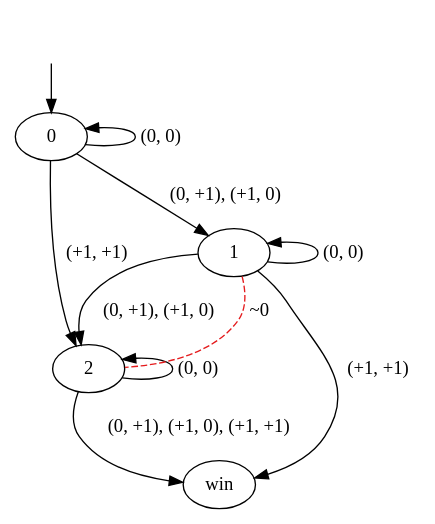
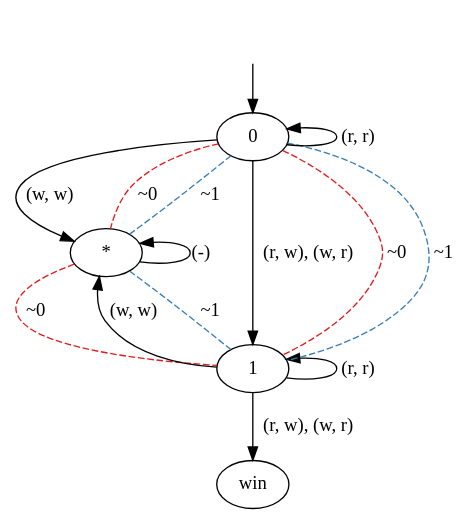
The diagram in pictures/G.dot (olandr/mkbsc), drawn with Graphviz before and after one commit. The commit also changed 14 other files, not shown here.

```diff
--- a/pictures/G.dot
+++ b/pictures/G.dot
@@ -1,21 +1,25 @@
 digraph  {
 concentrate=False;
 nodesep=0.5;
 ranksep=0.5;
 splines=True;
-4318616488 [label=2];
-4318616544 [label=win];
-4318327136 [label=0];
-4318327920 [label=1];
+4527529600 [label="*"];
+4683993888 [label=1];
+4683993664 [label=0];
+4527239520 [label=win];
 hidden [label="", shape=none];
-4318616488 -> 4318616488  [action="('0', '0')", dir=back, key="('0', '0')", label="(0, 0)"];
-4318616488 -> 4318616544  [action="(('0', '+1'), ('+1', '0'), ('+1', '+1'))", key="(('0', '+1'), ('+1', '0'), ('+1', '+1'))", label="(0, +1), (+1, 0), (+1, +1)"];
-4318327136 -> 4318327136  [action="('0', '0')", dir=back, key="('0', '0')", label="(0, 0)"];
-4318327136 -> 4318616488  [action="('+1', '+1')", key="('+1', '+1')", label="(+1, +1)"];
-4318327136 -> 4318327920  [action="(('0', '+1'), ('+1', '0'))", key="(('0', '+1'), ('+1', '0'))", label="(0, +1), (+1, 0)"];
-4318327920 -> 4318327920  [action="('0', '0')", dir=back, key="('0', '0')", label="(0, 0)"];
-4318327920 -> 4318616544  [action="('+1', '+1')", key="('+1', '+1')", label="(+1, +1)"];
-4318327920 -> 4318616488  [action="(('0', '+1'), ('+1', '0'))", key="(('0', '+1'), ('+1', '0'))", label="(0, +1), (+1, 0)"];
-4318327920 -> 4318616488  [arrowhead=none, color=1, colorscheme=set19, constraint=True, key=1, label="~0", style=dashed];
-hidden -> 4318327136  [key=0];
+4527529600 -> 4527529600  [action="(('r', 'r'), ('r', 'w'), ('w', 'r'), ('w', 'w'))", dir=back, key="(('r', 'r'), ('r', 'w'), ('w', 'r'), ('w', 'w'))", label="(-)"];
+4527529600 -> 4683993888  [arrowhead=none, color=1, colorscheme=set19, constraint=True, key=0, label="~0", style=dashed];
+4683993888 -> 4683993888  [action="('r', 'r')", dir=back, key="('r', 'r')", label="(r, r)"];
+4683993888 -> 4527529600  [action="('w', 'w')", key="('w', 'w')", label="(w, w)"];
+4683993888 -> 4527529600  [arrowhead=none, color=2, colorscheme=set19, constraint=True, key=1, label="~1", style=dashed];
+4683993888 -> 4527239520  [action="(('r', 'w'), ('w', 'r'))", key="(('r', 'w'), ('w', 'r'))", label="(r, w), (w, r)"];
+4683993664 -> 4683993664  [action="('r', 'r')", dir=back, key="('r', 'r')", label="(r, r)"];
+4683993664 -> 4527529600  [action="('w', 'w')", key="('w', 'w')", label="(w, w)"];
+4683993664 -> 4527529600  [arrowhead=none, color=1, colorscheme=set19, constraint=True, key=1, label="~0", style=dashed];
+4683993664 -> 4527529600  [arrowhead=none, color=2, colorscheme=set19, constraint=True, key=2, label="~1", style=dashed];
+4683993664 -> 4683993888  [action="(('r', 'w'), ('w', 'r'))", key="(('r', 'w'), ('w', 'r'))", label="(r, w), (w, r)"];
+4683993664 -> 4683993888  [arrowhead=none, color=1, colorscheme=set19, constraint=True, key=1, label="~0", style=dashed];
+4683993664 -> 4683993888  [arrowhead=none, color=2, colorscheme=set19, constraint=True, key=2, label="~1", style=dashed];
+hidden -> 4683993664  [key=0];
 }
```
